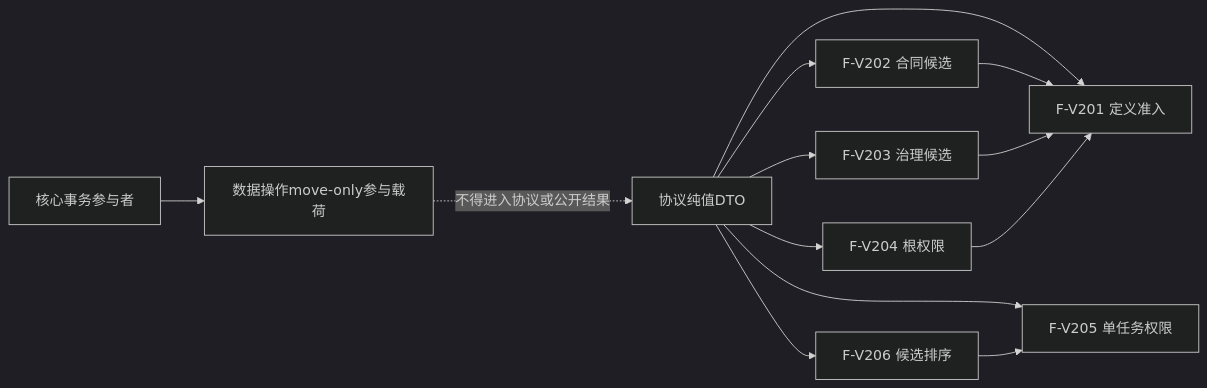
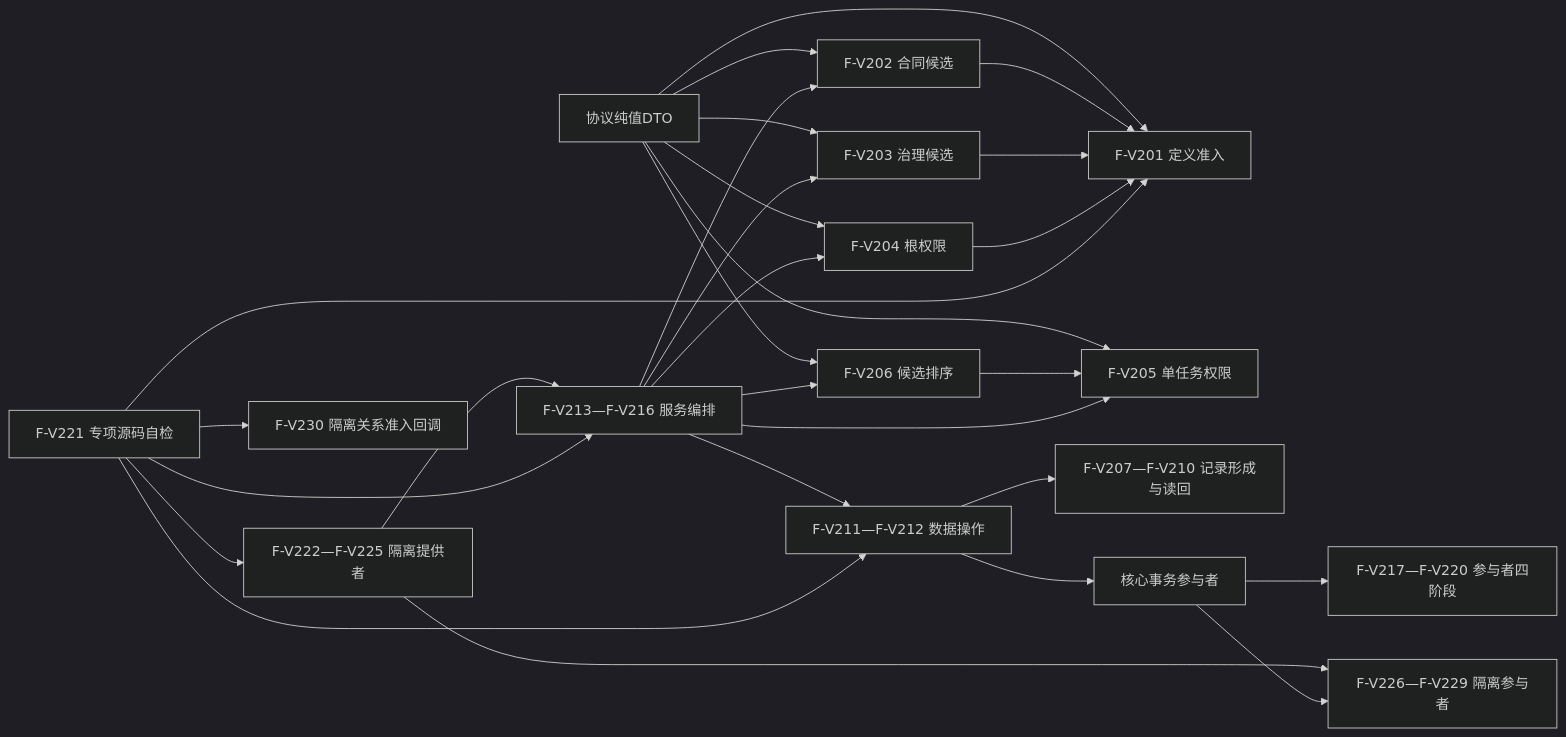
The second of 3 diagrams in 规范/详细设计/函数结构知识图谱/20260724_SERVICE-SURVIVAL_服务合同衰减与生存安全回归函数结构知识图谱.md (chunhaizh-cyber/HY-Ego), drawn with Mermaid (dark theme) before and after one commit. The commit also changed other lines of this file and 33 other files, not shown here.

````diff
--- a/规范/详细设计/函数结构知识图谱/20260724_SERVICE-SURVIVAL_服务合同衰减与生存安全回归函数结构知识图谱.md
+++ b/规范/详细设计/函数结构知识图谱/20260724_SERVICE-SURVIVAL_服务合同衰减与生存安全回归函数结构知识图谱.md
@@ -98,24 +122,46 @@
 ```mermaid
 flowchart LR
-    P["协议纯值DTO"]
+    Q["协议纯值DTO"]
     V201["F-V201 定义准入"]
     V202["F-V202 合同候选"]
     V203["F-V203 治理候选"]
     V204["F-V204 根权限"]
     V205["F-V205 单任务权限"]
     V206["F-V206 候选排序"]
-    D["数据操作move-only参与载荷"]
+    R["F-V207—F-V210 记录形成与读回"]
+    D["F-V211—F-V212 数据操作"]
+    S["F-V213—F-V216 服务编排"]
+    P["F-V217—F-V220 参与者四阶段"]
+    T["F-V221 专项源码自检"]
+    IP["F-V222—F-V225 隔离提供者"]
+    IX["F-V226—F-V229 隔离参与者"]
+    IR["F-V230 隔离关系准入回调"]
     C["核心事务参与者"]
-    P --> V201
-    P --> V202
-    P --> V203
-    P --> V204
-    P --> V205
-    P --> V206
+    Q --> V201
+    Q --> V202
+    Q --> V203
+    Q --> V204
+    Q --> V205
+    Q --> V206
     V202 --> V201
     V203 --> V201
     V204 --> V201
     V206 --> V205
-    C --> D
-    D -. "不得进入协议或公开结果" .-> P
+    S --> V202
+    S --> V203
+    S --> V204
+    S --> V205
+    S --> V206
+    S --> D
+    D --> R
+    D --> C
+    C --> P
+    T --> IP
+    IP --> S
+    IP --> IX
+    C --> IX
+    T --> S
+    T --> D
+    T --> V201
+    T --> IR
 ```
````
